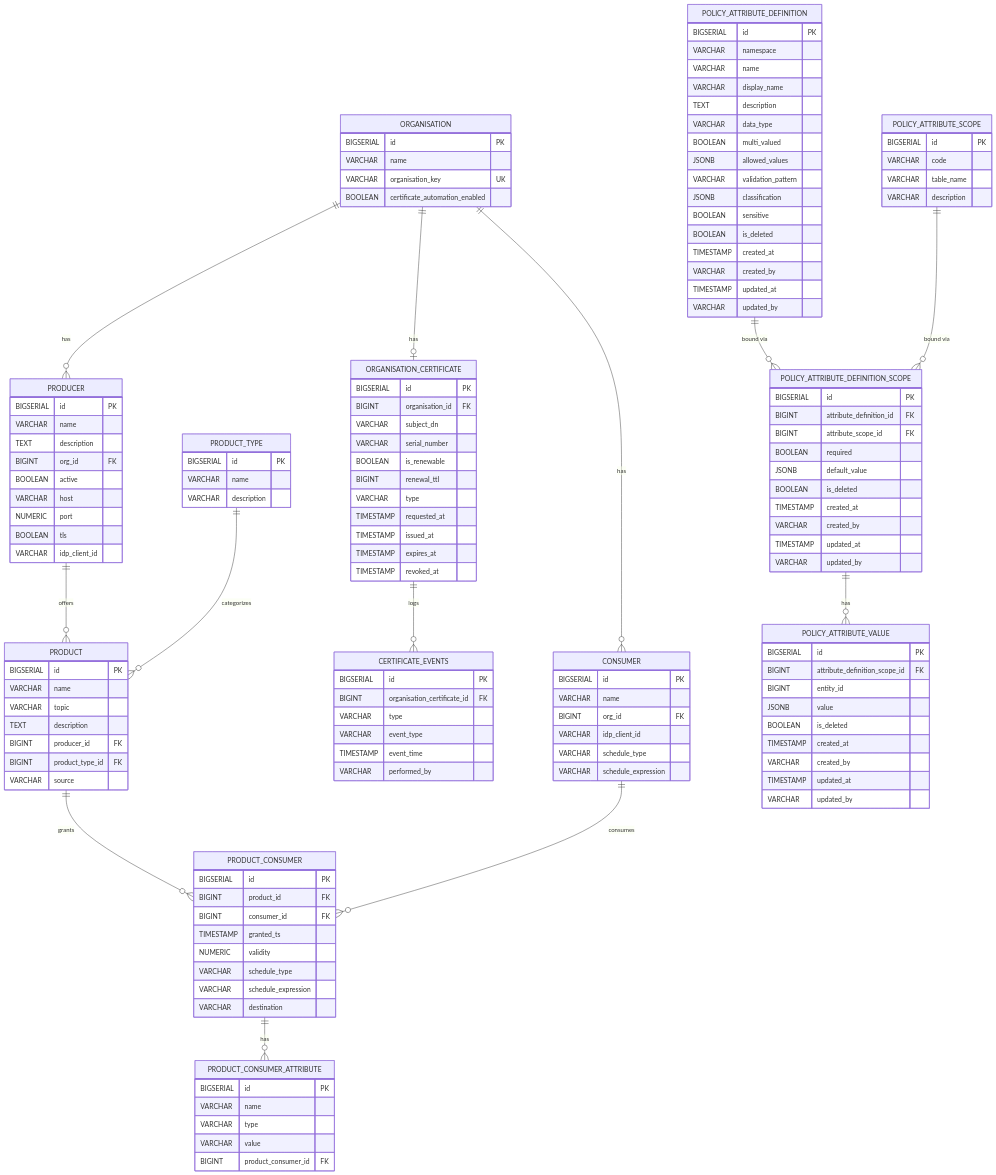
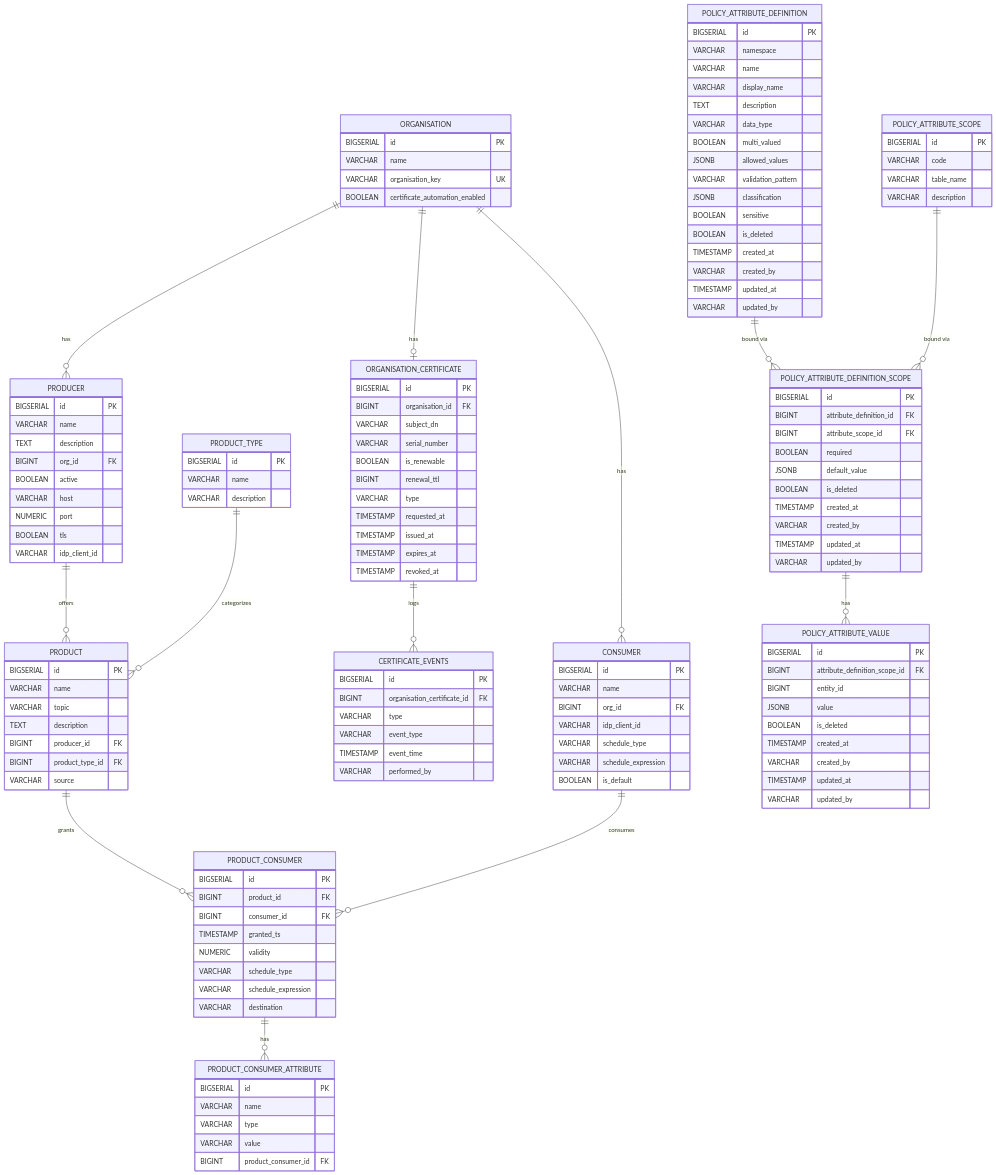
The diagram in docs/DATABASE_SCHEMA.md (National-Node-Net/management-node), drawn with Mermaid before and after one commit. The commit also changed other lines of this file and 26 other files, not shown here.

```diff
--- a/docs/DATABASE_SCHEMA.md
+++ b/docs/DATABASE_SCHEMA.md
@@ -68,6 +68,7 @@
     VARCHAR idp_client_id
     VARCHAR schedule_type
     VARCHAR schedule_expression
+    BOOLEAN is_default
   }
   PRODUCT_TYPE {
     BIGSERIAL id PK
```
